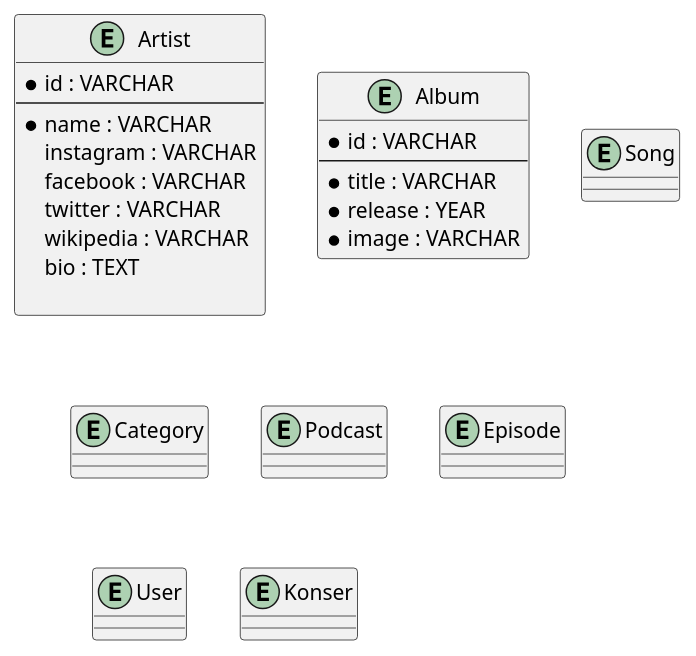
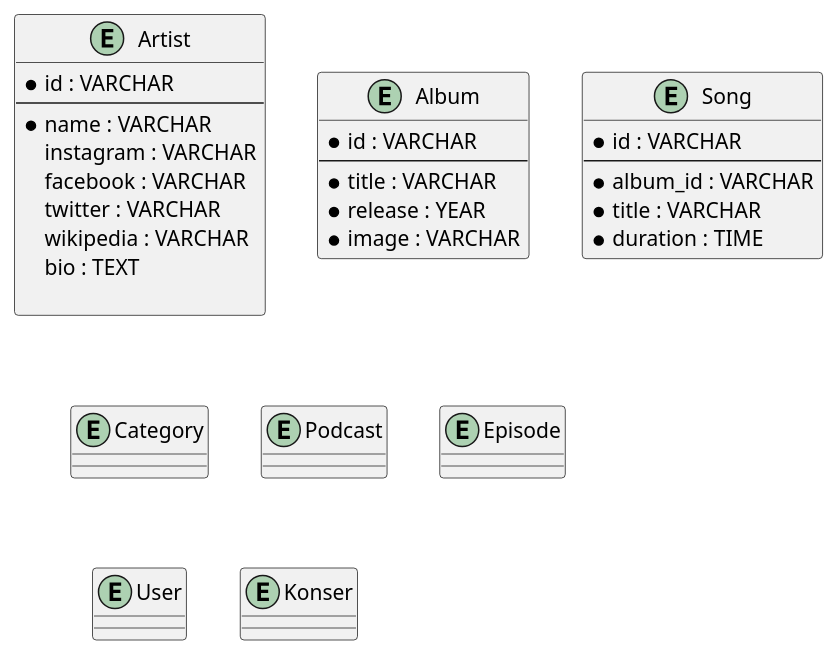
Before and after one commit to bayubagusbagaswara/design-database-spotify-clone: the diagram in src/entity.puml, drawn with PlantUML.

Commit message:
menentukan attribute untuk Song

```diff
--- a/src/entity.puml
+++ b/src/entity.puml
@@ -1,32 +1,37 @@
 @startuml
 entity Artist {
     * id : VARCHAR
     --
     * name : VARCHAR
     instagram : VARCHAR
     facebook : VARCHAR
     twitter : VARCHAR
     wikipedia : VARCHAR
     bio : TEXT
 
 }
 entity Album {
     * id : VARCHAR
     --
     * title : VARCHAR
     * release : YEAR
     * image : VARCHAR
 }
 entity Song {
+    * id : VARCHAR
+    --
+    * album_id : VARCHAR
+    * title : VARCHAR
+    * duration : TIME
 }
 entity Category {
 }
 entity Podcast {
 }
 entity Episode {
 }
 entity User{
 }
 entity Konser{
 }
 @enduml
```
